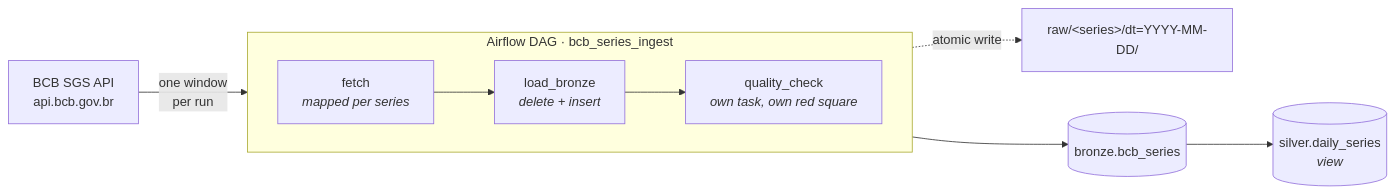
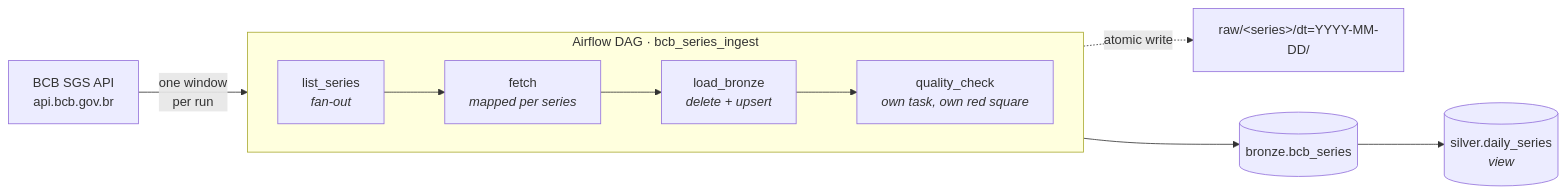
The diagram in README.md (kabianca/bcb-airflow-pipeline), drawn with Mermaid before and after one commit. The commit also changed other lines of this file and 9 other files, not shown here.

````diff
--- a/README.md
+++ b/README.md
@@ -17,14 +47,15 @@
 ```mermaid
 flowchart LR
     A["BCB SGS API<br/>api.bcb.gov.br"] -->|"one window<br/>per run"| B
 
     subgraph AF["Airflow DAG · bcb_series_ingest"]
         direction LR
-        B["fetch<br/><i>mapped per series</i>"] --> C["load_bronze<br/><i>delete + insert</i>"]
+        L["list_series<br/><i>fan-out</i>"] --> B["fetch<br/><i>mapped per series</i>"]
+        B --> C["load_bronze<br/><i>delete + upsert</i>"]
         C --> D["quality_check<br/><i>own task, own red square</i>"]
     end
 
     B -.->|"atomic write"| E["raw/&lt;series&gt;/dt=YYYY-MM-DD/"]
     C --> F[("bronze.bcb_series")]
     F --> G[("silver.daily_series<br/><i>view</i>")]
 ```
````
